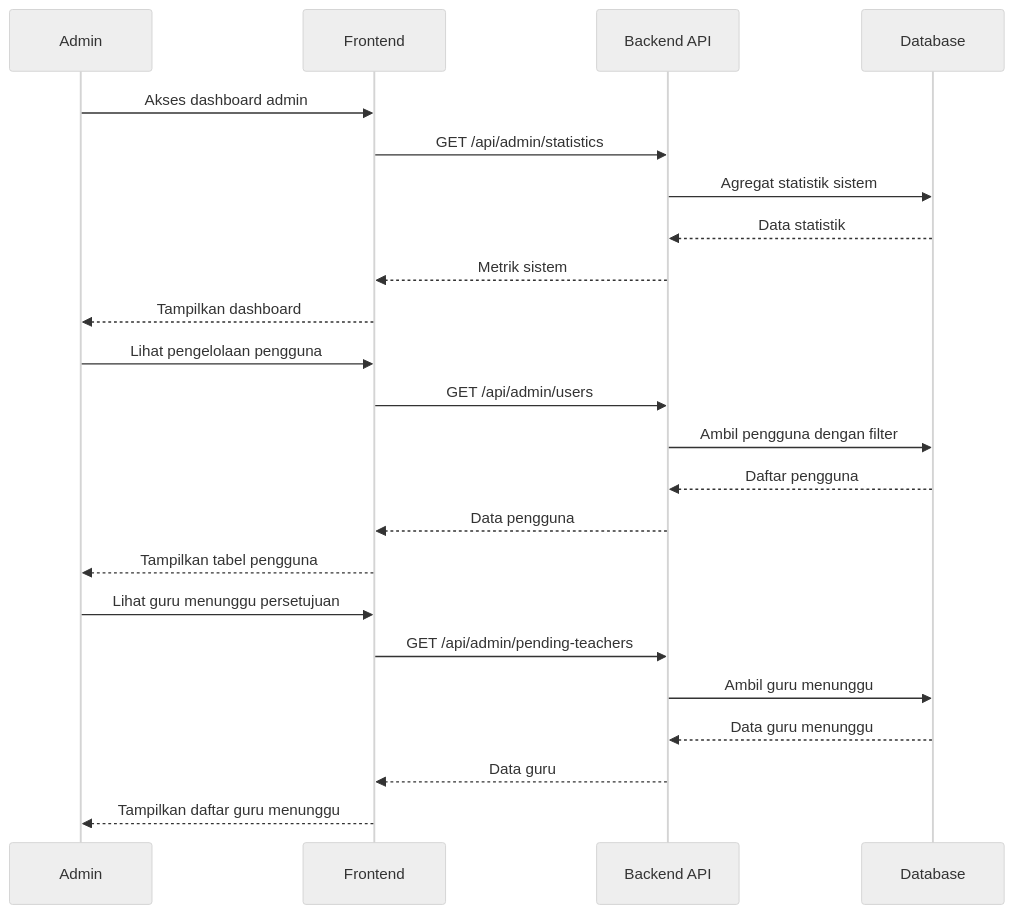
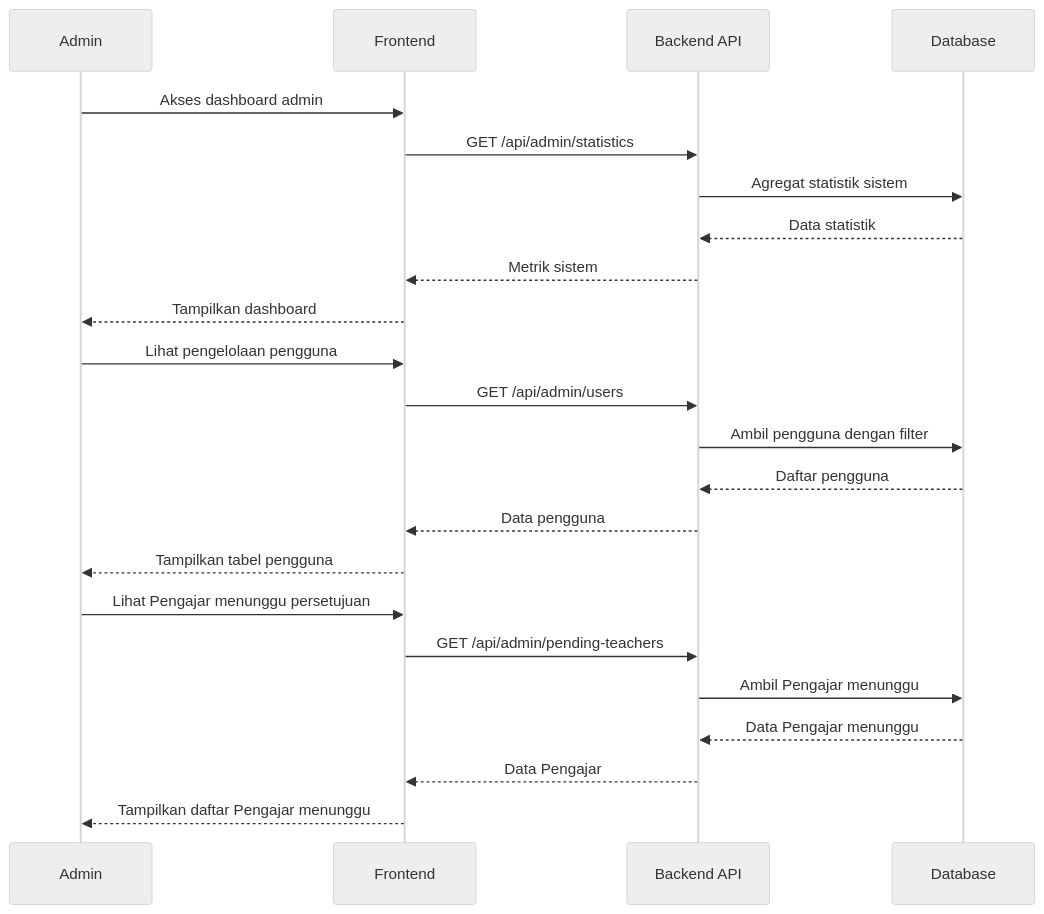
Before and after one commit to jonito2005/exam-expert-ai-docs: the sixth of 6 diagrams in sequence-diagrams.md, drawn with Mermaid (neutral theme). The commit also changed other lines of this file and 4 other files, not shown here.

````diff
--- a/sequence-diagrams.md
+++ b/sequence-diagrams.md
@@ -193,28 +193,28 @@
 ```mermaid
 sequenceDiagram
     participant A as Admin
     participant F as Frontend
     participant API as Backend API
     participant DB as Database
 
     A->>F: Akses dashboard admin
     F->>API: GET /api/admin/statistics
     API->>DB: Agregat statistik sistem
     DB-->>API: Data statistik
     API-->>F: Metrik sistem
     F-->>A: Tampilkan dashboard
 
     A->>F: Lihat pengelolaan pengguna
     F->>API: GET /api/admin/users
     API->>DB: Ambil pengguna dengan filter
     DB-->>API: Daftar pengguna
     API-->>F: Data pengguna
     F-->>A: Tampilkan tabel pengguna
 
-    A->>F: Lihat guru menunggu persetujuan
+    A->>F: Lihat Pengajar menunggu persetujuan
     F->>API: GET /api/admin/pending-teachers
-    API->>DB: Ambil guru menunggu
-    DB-->>API: Data guru menunggu
-    API-->>F: Data guru
-    F-->>A: Tampilkan daftar guru menunggu
+    API->>DB: Ambil Pengajar menunggu
+    DB-->>API: Data Pengajar menunggu
+    API-->>F: Data Pengajar
+    F-->>A: Tampilkan daftar Pengajar menunggu
 ```
````
